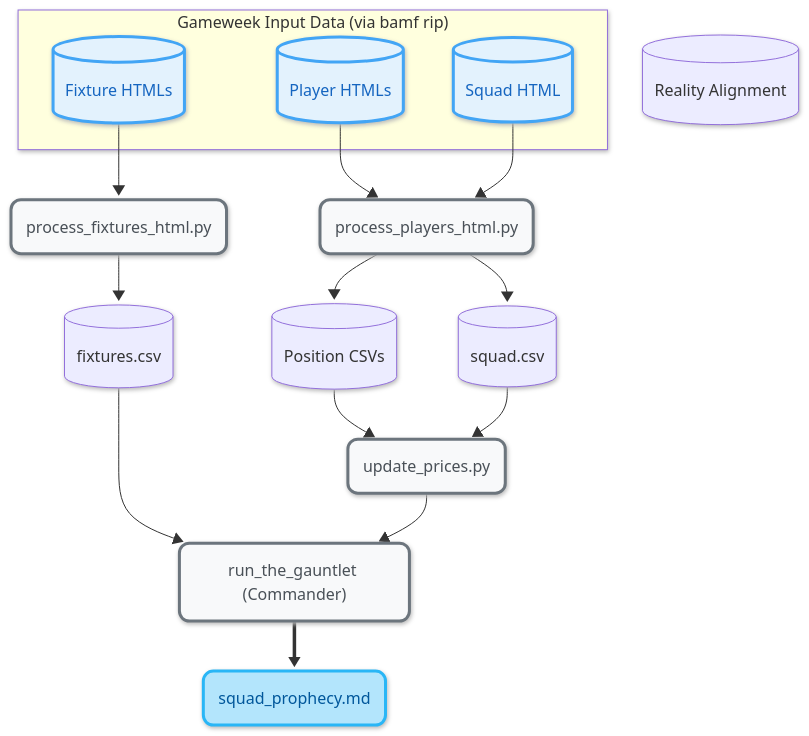
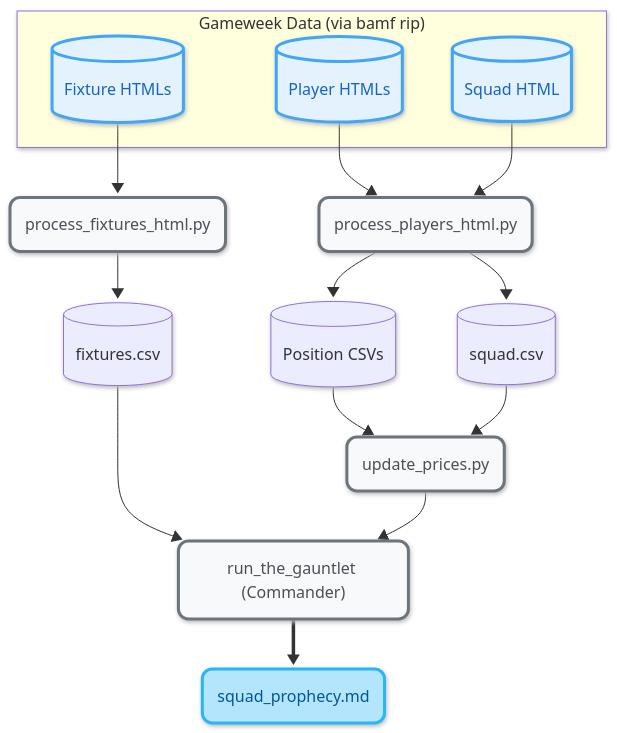
Before and after one commit to ianchanning/fpl-dominator: the diagram in README.md, drawn with Mermaid. The commit also changed other lines of this file and 5 other files, not shown here.

````diff
--- a/README.md
+++ b/README.md
@@ -80,45 +80,44 @@
 ```mermaid
 ---
 config:
   look: neo
 ---
 graph TD
-    subgraph inputs["Gameweek Input Data (via bamf rip)"]
+    subgraph inputs["Gameweek Data (via bamf rip)"]
         A1[("Player HTMLs")]
         A2[("Fixture HTMLs")]
         A3[("Squad HTML")]
     end
 
     B1("process_players_html.py")
     C1[("Position CSVs")]
     C2[("squad.csv")]
 
     B2("process_fixtures_html.py")
     C3[("fixtures.csv")]
 
     B3("update_prices.py")
-    C4[("Reality Alignment")]
 
     B4("run_the_gauntlet (Commander)")
     F1("squad_prophecy.md")
 
     A1 --> B1
     A3 --> B1
     B1 --> C1
     B1 --> C2
     A2 --> B2
     B2 --> C3
     C1 --> B3
     C2 --> B3
     C3 --> B4
     B3 --> B4
     B4 ==> F1
 
     classDef inputStyle fill:#e3f2fd,stroke:#42a5f5,stroke-width:3px,color:#1565c0,rx:10,ry:10
     classDef processStyle fill:#f8f9fa,stroke:#6c757d,stroke-width:3px,color:#495057,rx:10,ry:10
     classDef outputStyle fill:#b3e5fc,stroke:#29b6f6,stroke-width:3px,color:#01579b,rx:10,ry:10
 
     class A1,A2,A3 inputStyle
     class B1,B2,B3,B4 processStyle
     class F1 outputStyle
 ```
````
